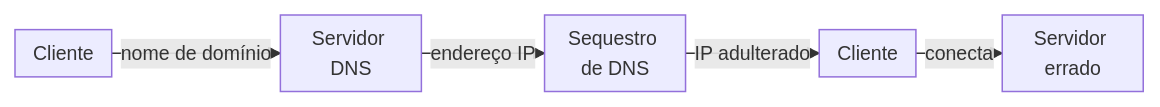
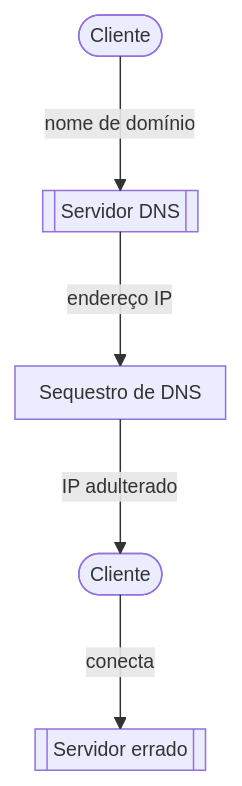
Before and after one commit to aziontech/docs: the fifth of 6 diagrams in apps/docs/src/content/docs/pt-br/pages/secure/edge-dns/how-it-works.mdx, drawn with Mermaid. The commit also changed other lines of this file and 179 other files, not shown here.

Commit message:
docs(diagrams): redraw every other diagram in the use-case diagram style (#2513)

````diff
--- a/apps/docs/src/content/docs/pt-br/pages/secure/edge-dns/how-it-works.mdx
+++ b/apps/docs/src/content/docs/pt-br/pages/secure/edge-dns/how-it-works.mdx
@@ -128,8 +128,8 @@
 ```mermaid
-%%{init: {"layout": "dagre", "themeVariables": {"fontSize": "13px"}, "flowchart": {"nodeSpacing": 12, "rankSpacing": 12, "padding": 6, "wrappingWidth": 70, "minNodeWidth": 40, "useMaxWidth": true}}}%%
-flowchart LR
-  Cli["Cliente"] -->|"nome de domínio"| Dns["Servidor DNS"]
+%%{init: {"layout": "elk", "themeVariables": {"fontSize": "13px"}, "flowchart": {"nodeSpacing": 24, "rankSpacing": 36, "padding": 8, "wrappingWidth": 150, "useMaxWidth": true}, "sequence": {"width": 120, "actorMargin": 30, "useMaxWidth": true}}}%%
+flowchart TD
+  Cli(["Cliente"]) -->|"nome de domínio"| Dns[["Servidor DNS"]]
   Dns -->|"endereço IP"| Hij["Sequestro de DNS"]
-  Hij -->|"IP adulterado"| Cli2["Cliente"]
-  Cli2 -->|"conecta"| Bad["Servidor errado"]
+  Hij -->|"IP adulterado"| Cli2(["Cliente"])
+  Cli2 -->|"conecta"| Bad[["Servidor errado"]]
 ```
````
